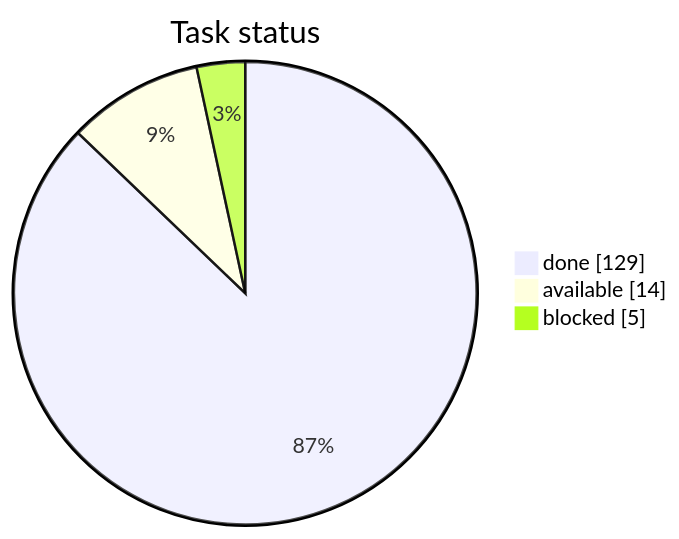
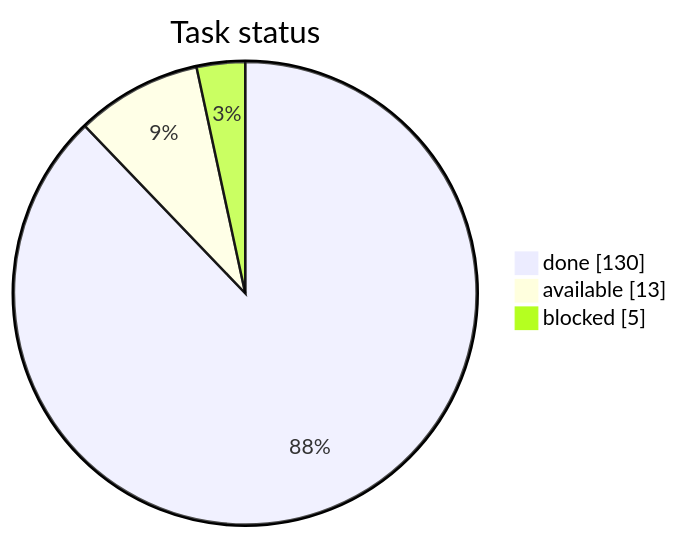
One commit to artemiiShabanov/RallyRivals changed the first of 3 diagrams in STATUS.md. Above: the diagram before and after it, drawn with Mermaid. The commit also changed other lines of this file and 7 other files, not shown here.

````diff
--- a/STATUS.md
+++ b/STATUS.md
@@ -7,7 +7,7 @@
 ```mermaid
 pie showData
     title Task status
-    "done" : 129
-    "available" : 14
+    "done" : 130
+    "available" : 13
     "blocked" : 5
 ```
````
